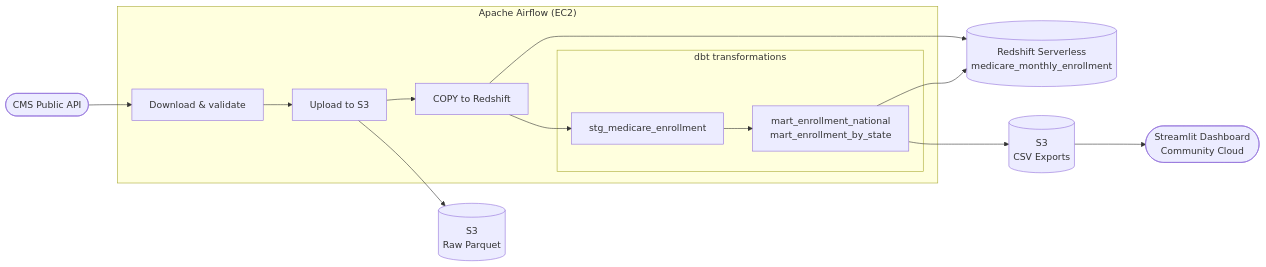
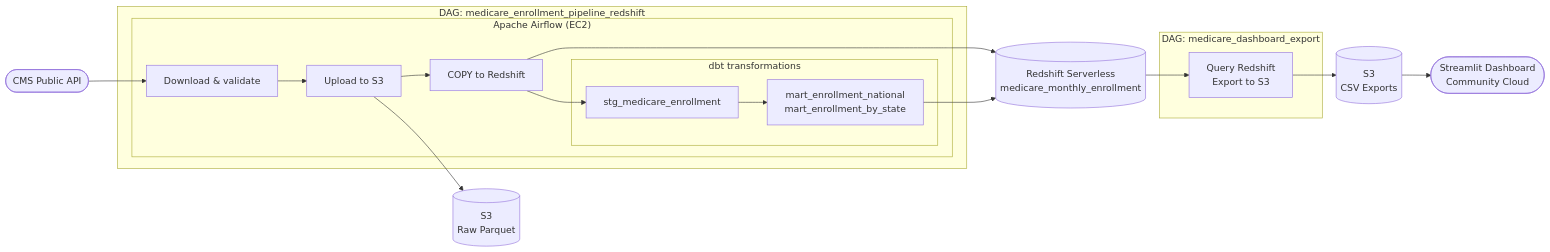
The first of 2 diagrams in README.md (rdanielsstat/medicare-analytics), drawn with Mermaid before and after one commit. The commit also changed other lines of this file, not shown here.

Commit message:
docs: update data diagram

````diff
--- a/README.md
+++ b/README.md
@@ -28,26 +28,33 @@
 ```mermaid
 flowchart LR
     A([CMS Public API]) --> B
 
-    subgraph EC2 ["Apache Airflow (EC2)"]
-        B[Download & validate]
-        B --> C[Upload to S3]
-        C --> D[COPY to Redshift]
-        D --> E
+    subgraph DAG1 ["DAG: medicare_enrollment_pipeline_redshift"]
+        subgraph EC2 ["Apache Airflow (EC2)"]
+            B[Download & validate]
+            B --> C[Upload to S3]
+            C --> D[COPY to Redshift]
+            D --> E
 
-        subgraph dbt ["dbt transformations"]
-            E[stg_medicare_enrollment]
-            E --> F[mart_enrollment_national\nmart_enrollment_by_state]
+            subgraph dbt ["dbt transformations"]
+                E[stg_medicare_enrollment]
+                E --> F[mart_enrollment_national\nmart_enrollment_by_state]
+            end
         end
+    end
+
+    subgraph DAG2 ["DAG: medicare_dashboard_export"]
+        K[Query Redshift\nExport to S3]
     end
 
     G[(S3\nRaw Parquet)]
     H[(Redshift Serverless\nmedicare_monthly_enrollment)]
     I[(S3\nCSV Exports)]
 
     C --> G
     D --> H
     F --> H
-    F --> I
+    H --> K
+    K --> I
     I --> J([Streamlit Dashboard\nCommunity Cloud])
 ```
````
